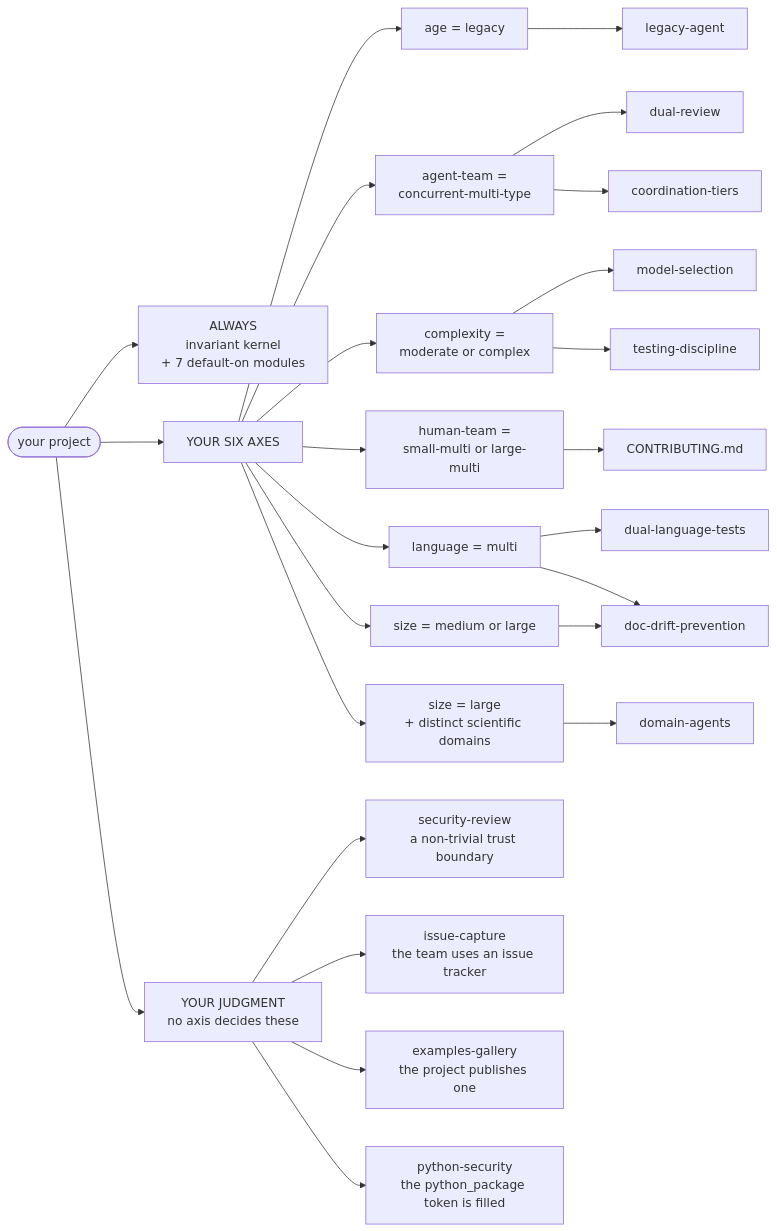
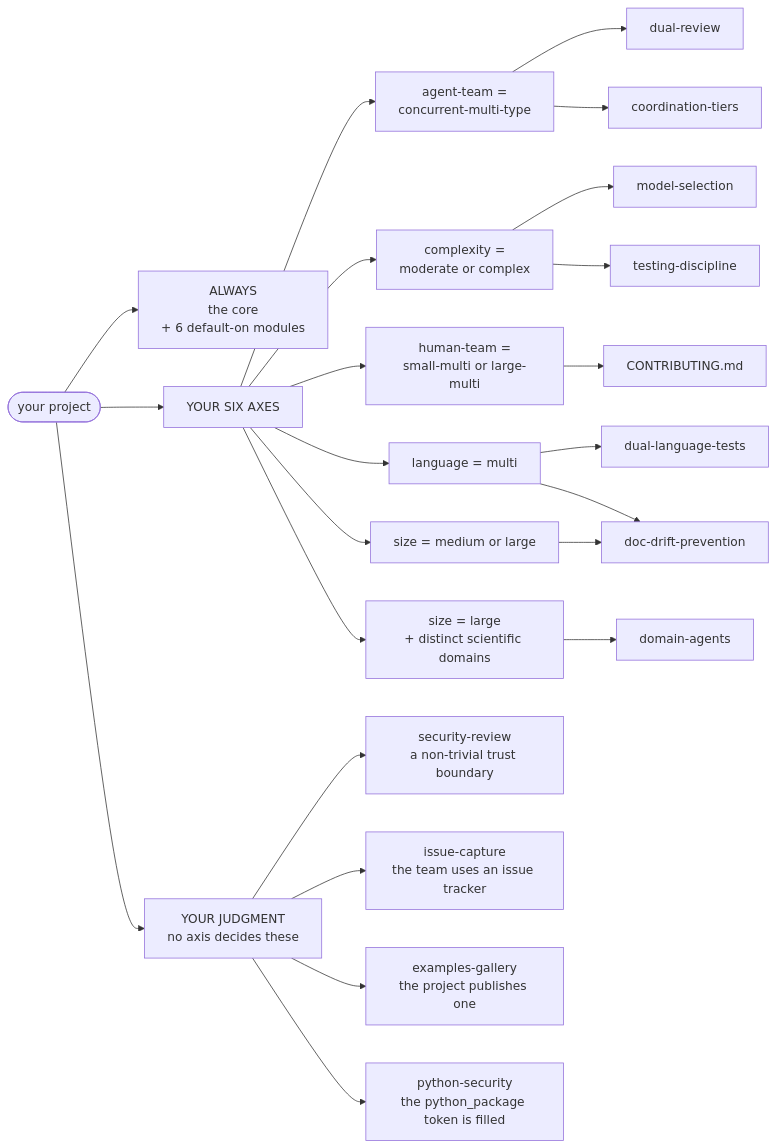
One commit to MSUHydrogeology/cairn changed the diagram in dimensions/README.md. Above: the diagram before and after it, drawn with Mermaid. The commit also changed other lines of this file and 17 other files, not shown here.

````diff
--- a/dimensions/README.md
+++ b/dimensions/README.md
@@ -76,23 +79,22 @@
 ```mermaid
 flowchart LR
   P(["your project"])
-  P --> ALW["ALWAYS<br/>invariant kernel<br/>+ 7 default-on modules"]
+  P --> ALW["ALWAYS<br/>the core<br/>+ 6 default-on modules"]
   P --> AX["YOUR SIX AXES"]
   P --> JG["YOUR JUDGMENT<br/>no axis decides these"]
 
-  AX --> AGE["age = legacy"] --> LA["legacy-agent"]
   AX --> AT["agent-team =<br/>concurrent-multi-type"] --> DR["dual-review"]
   AT --> CT["coordination-tiers"]
   AX --> CX["complexity =<br/>moderate or complex"] --> MS["model-selection"]
   CX --> TD["testing-discipline"]
   AX --> HT["human-team =<br/>small-multi or large-multi"] --> CB["CONTRIBUTING.md"]
   AX --> LG["language = multi"] --> DL["dual-language-tests"]
   LG --> DD["doc-drift-prevention"]
   AX --> SZ["size = medium or large"] --> DD
   AX --> SZL["size = large<br/>+ distinct scientific domains"] --> DA["domain-agents"]
 
   JG --> SR["security-review<br/>a non-trivial trust boundary"]
   JG --> IC["issue-capture<br/>the team uses an issue tracker"]
   JG --> EX["examples-gallery<br/>the project publishes one"]
   JG --> PS["python-security<br/>the python_package token is filled"]
 ```
````
